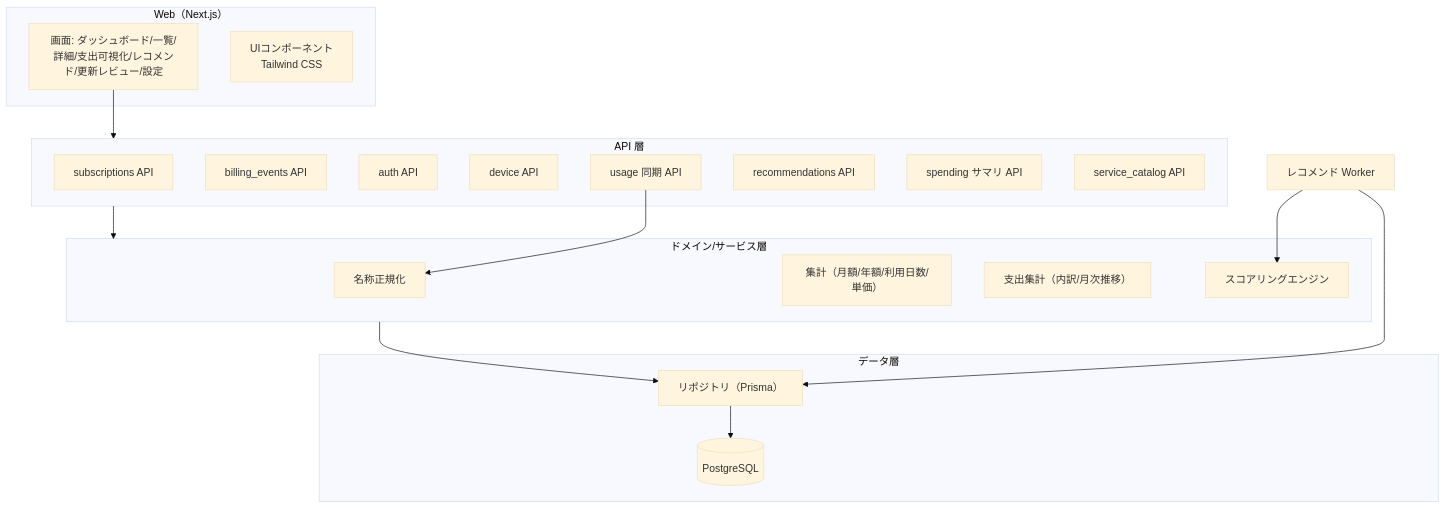
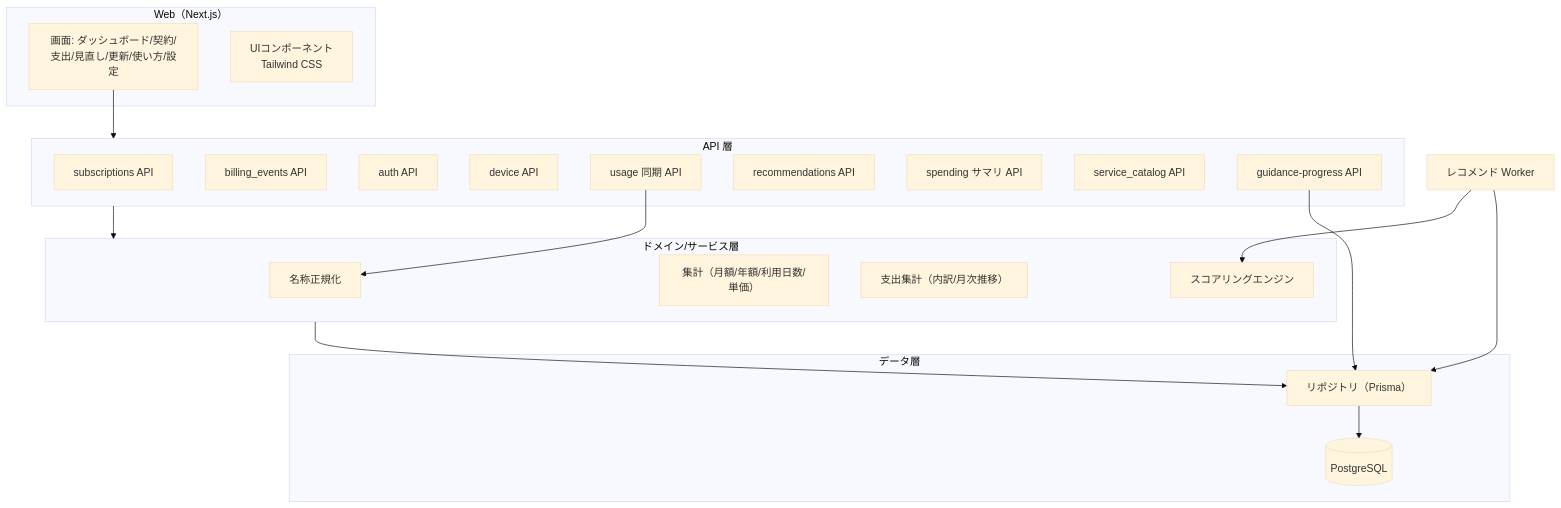
The fourth of 7 diagrams in docs/functional-design.md (Shintaro-Abe/SubBuddy), drawn with Mermaid (base theme) before and after one commit. The commit also changed other lines of this file and 26 other files, not shown here.

````diff
--- a/docs/functional-design.md
+++ b/docs/functional-design.md
@@ -373,35 +386,37 @@
 ```mermaid
 flowchart TB
   subgraph WebApp[Web（Next.js）]
-    Pages[画面: ダッシュボード/一覧/詳細/支出可視化/レコメンド/更新レビュー/設定]
+    Pages[画面: ダッシュボード/契約/支出/見直し/更新/使い方/設定]
     UIComp[UIコンポーネント<br/>Tailwind CSS]
   end
   subgraph APILayer[API 層]
     SubAPI[subscriptions API]
     BillAPI[billing_events API]
     AuthAPI[auth API]
     DeviceAPI[device API]
     UsageAPI[usage 同期 API]
     RecoAPI[recommendations API]
     SpendAPI[spending サマリ API]
     CatalogAPI[service_catalog API]
+    GuideAPI[guidance-progress API]
   end
   subgraph Domain[ドメイン/サービス層]
     Normalizer[名称正規化]
     Aggregator[集計（月額/年額/利用日数/単価）]
     SpendAgg[支出集計（内訳/月次推移）]
     Scoring[スコアリングエンジン]
   end
   subgraph Data[データ層]
     Repo[リポジトリ（Prisma）]
     PG[(PostgreSQL)]
   end
   WorkerC[レコメンド Worker]
 
   Pages --> APILayer
   APILayer --> Domain
   Domain --> Repo --> PG
   WorkerC --> Scoring
   WorkerC --> Repo
   UsageAPI --> Normalizer
+  GuideAPI --> Repo
 ```
````
